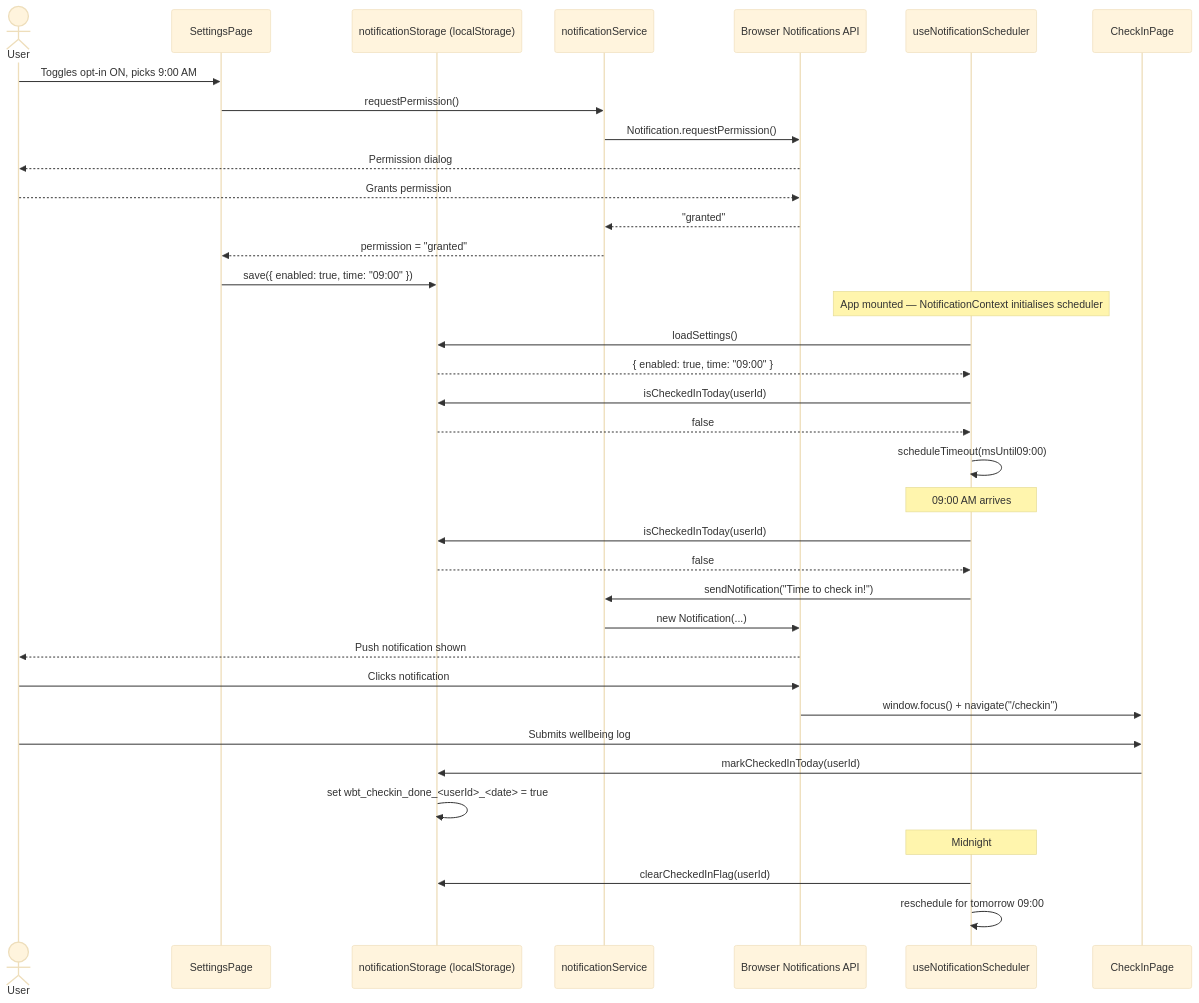
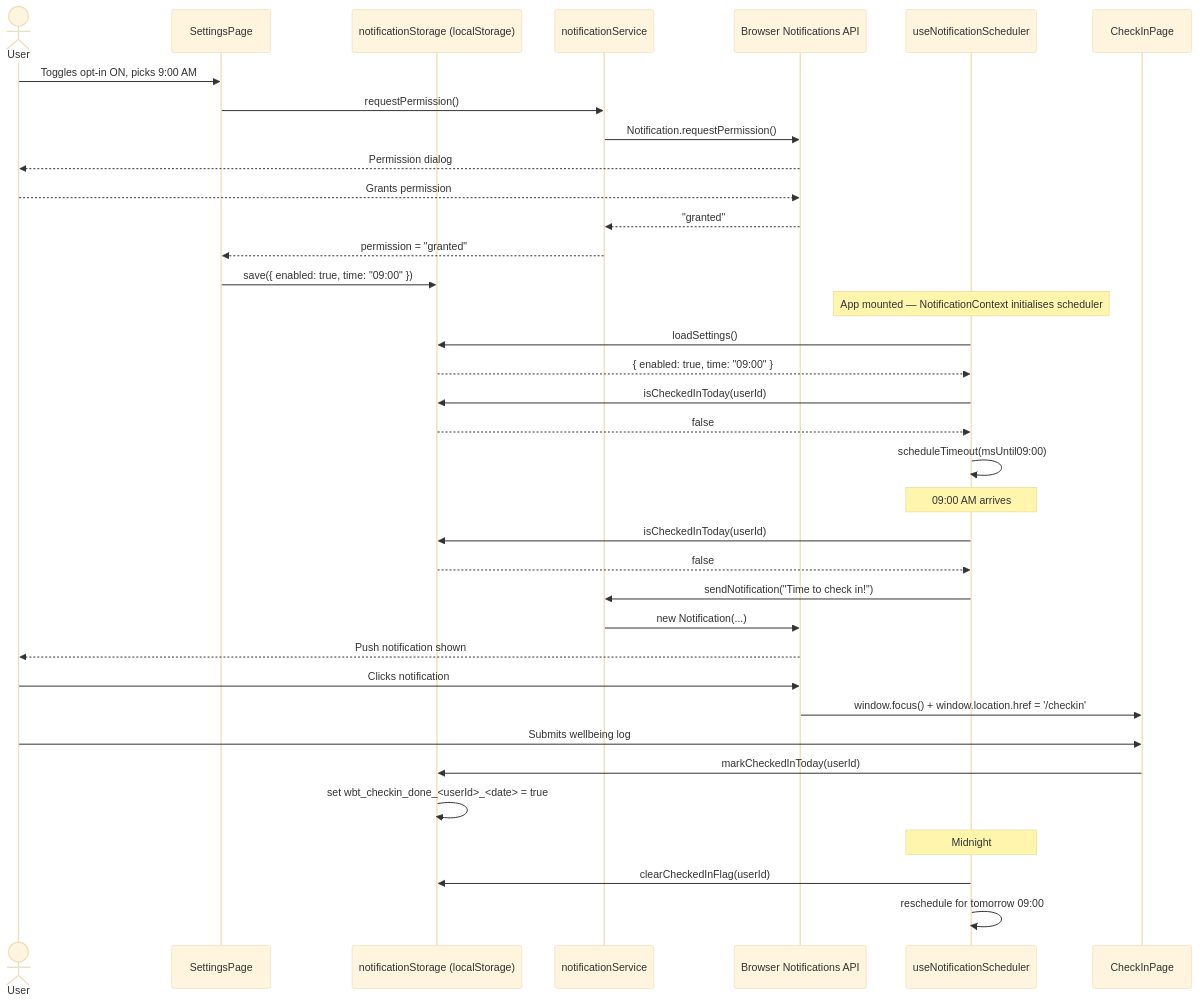
One commit to santoshhawle/remote-work-wellbeing-tracker changed the second of 2 diagrams in docs/architecture.md. Above: the diagram before and after it, drawn with Mermaid (base theme). The commit also changed other lines of this file and 1 other file, not shown here.

````diff
--- a/docs/architecture.md
+++ b/docs/architecture.md
@@ -80,43 +92,43 @@
 ```mermaid
 sequenceDiagram
     actor User
     participant Settings as SettingsPage
     participant Storage as notificationStorage (localStorage)
     participant Svc as notificationService
     participant Browser as Browser Notifications API
     participant Scheduler as useNotificationScheduler
     participant CheckIn as CheckInPage
 
     User->>Settings: Toggles opt-in ON, picks 9:00 AM
     Settings->>Svc: requestPermission()
     Svc->>Browser: Notification.requestPermission()
     Browser-->>User: Permission dialog
     User-->>Browser: Grants permission
     Browser-->>Svc: "granted"
     Svc-->>Settings: permission = "granted"
     Settings->>Storage: save({ enabled: true, time: "09:00" })
 
     Note over Scheduler: App mounted — NotificationContext initialises scheduler
     Scheduler->>Storage: loadSettings()
     Storage-->>Scheduler: { enabled: true, time: "09:00" }
     Scheduler->>Storage: isCheckedInToday(userId)
     Storage-->>Scheduler: false
     Scheduler->>Scheduler: scheduleTimeout(msUntil09:00)
 
     Note over Scheduler: 09:00 AM arrives
     Scheduler->>Storage: isCheckedInToday(userId)
     Storage-->>Scheduler: false
     Scheduler->>Svc: sendNotification("Time to check in!")
     Svc->>Browser: new Notification(...)
     Browser-->>User: Push notification shown
 
     User->>Browser: Clicks notification
-    Browser->>CheckIn: window.focus() + navigate("/checkin")
+    Browser->>CheckIn: window.focus() + window.location.href = '/checkin'
     User->>CheckIn: Submits wellbeing log
     CheckIn->>Storage: markCheckedInToday(userId)
     Storage->>Storage: set wbt_checkin_done_<userId>_<date> = true
 
     Note over Scheduler: Midnight
     Scheduler->>Storage: clearCheckedInFlag(userId)
     Scheduler->>Scheduler: reschedule for tomorrow 09:00
 ```
````
